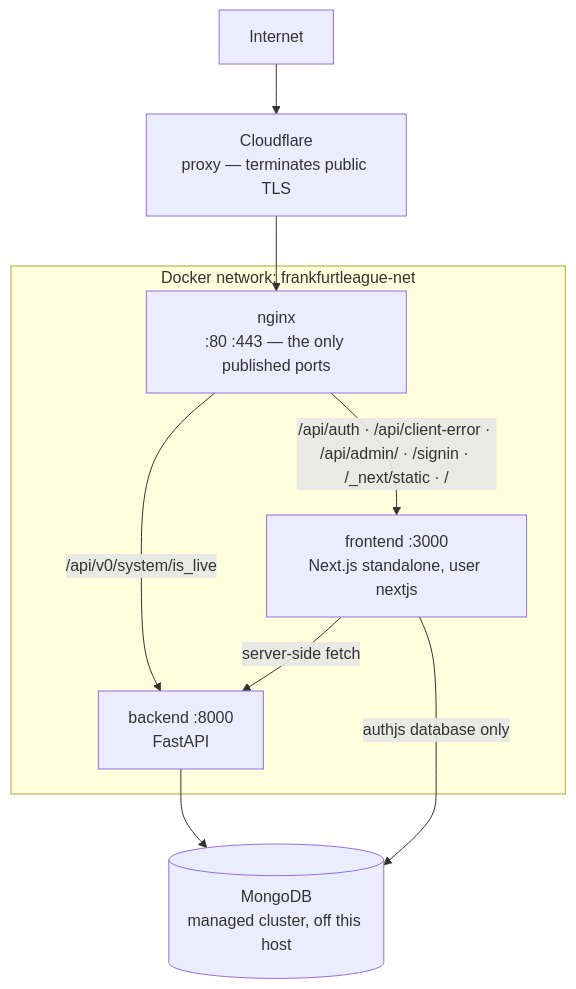
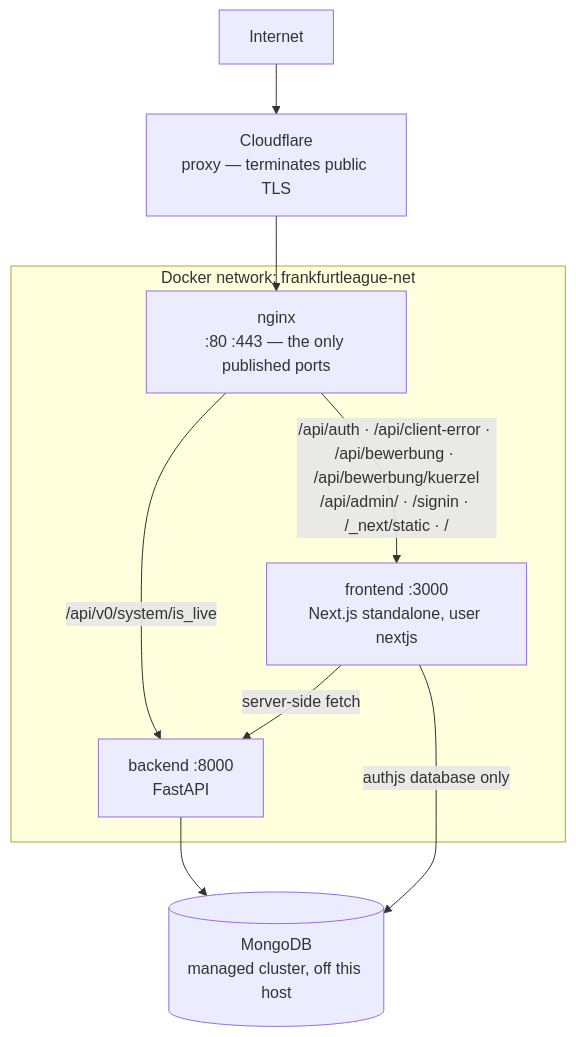
One commit to felzab/frankfurtleague changed the diagram in docs/ops/overview.md. Above: the diagram before and after it, drawn with Mermaid. The commit also changed other lines of this file and 14 other files, not shown here.

````diff
--- a/docs/ops/overview.md
+++ b/docs/ops/overview.md
@@ -15,21 +15,21 @@
 ```mermaid
 graph TB
     internet["Internet"]
     cf["Cloudflare<br/>proxy — terminates public TLS"]
 
     subgraph net["Docker network: frankfurtleague-net"]
         nginx["nginx<br/>:80 :443 — the only published ports"]
         fe["frontend :3000<br/>Next.js standalone, user nextjs"]
         be["backend :8000<br/>FastAPI"]
     end
 
     mongo[("MongoDB<br/>managed cluster, off this host")]
 
     internet --> cf
     cf --> nginx
     nginx -->|"/api/v0/system/is_live"| be
-    nginx -->|"/api/auth · /api/client-error · /api/admin/ · /signin · /_next/static · /"| fe
+    nginx -->|"/api/auth · /api/client-error · /api/bewerbung · /api/bewerbung/kuerzel<br/>/api/admin/ · /signin · /_next/static · /"| fe
     fe -->|"server-side fetch"| be
     fe -->|"authjs database only"| mongo
     be --> mongo
 ```
````
